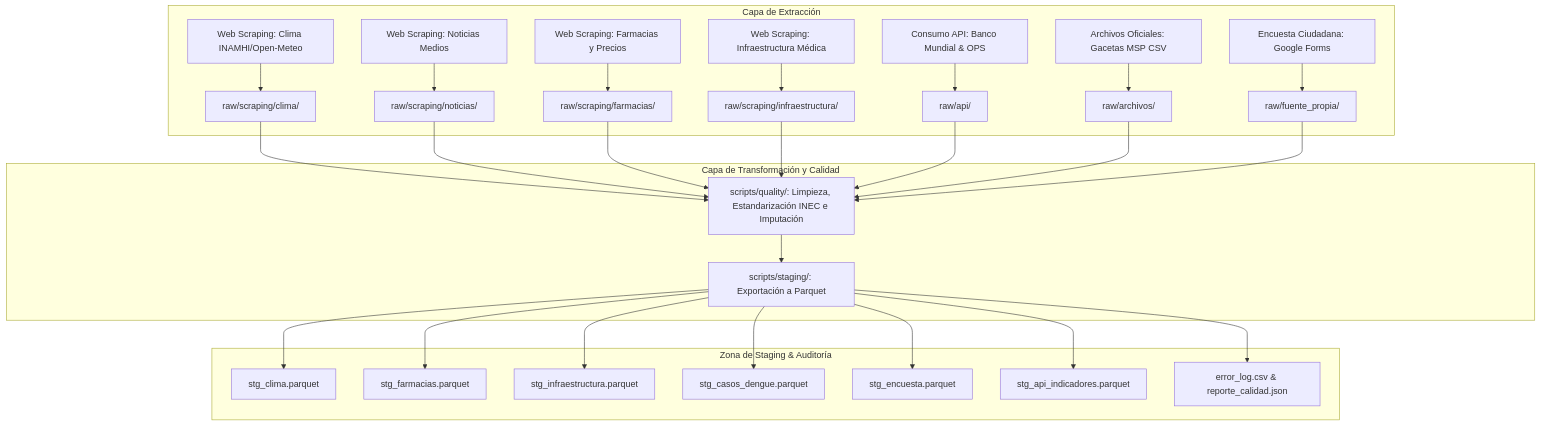
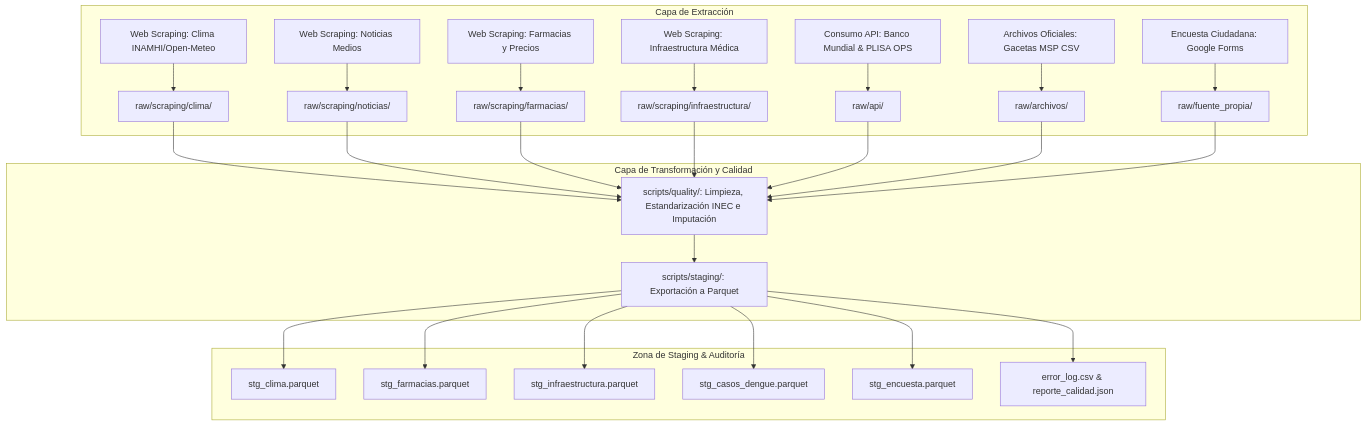
Before and after one commit to SaidJuniorProgrammer/UPSE-BI-Dengue-ETL: the diagram in docs/arquitectura_pipeline.md, drawn with Mermaid. The commit also changed other lines of this file and 8 other files, not shown here.

````diff
--- a/docs/arquitectura_pipeline.md
+++ b/docs/arquitectura_pipeline.md
@@ -9,27 +9,26 @@
 ```mermaid
 graph TD
     subgraph Fuentes Extracción [Capa de Extracción]
         E1[Web Scraping: Clima INAMHI/Open-Meteo] --> R1[raw/scraping/clima/]
         E2[Web Scraping: Noticias Medios] --> R2[raw/scraping/noticias/]
         E3[Web Scraping: Farmacias y Precios] --> R3[raw/scraping/farmacias/]
         E4[Web Scraping: Infraestructura Médica] --> R4[raw/scraping/infraestructura/]
-        E5[Consumo API: Banco Mundial & OPS] --> R5[raw/api/]
+        E5[Consumo API: Banco Mundial & PLISA OPS] --> R5[raw/api/]
         E6[Archivos Oficiales: Gacetas MSP CSV] --> R6[raw/archivos/]
         E7[Encuesta Ciudadana: Google Forms] --> R7[raw/fuente_propia/]
     end
 
     subgraph Staging ETL [Capa de Transformación y Calidad]
         R1 & R2 & R3 & R4 & R5 & R6 & R7 --> QC[scripts/quality/: Limpieza, Estandarización INEC e Imputación]
         QC --> STG[scripts/staging/: Exportación a Parquet]
     end
 
     subgraph Salidas Almacenamiento [Zona de Staging & Auditoría]
         STG --> P1[stg_clima.parquet]
         STG --> P2[stg_farmacias.parquet]
         STG --> P3[stg_infraestructura.parquet]
         STG --> P4[stg_casos_dengue.parquet]
         STG --> P5[stg_encuesta.parquet]
-        STG --> P6[stg_api_indicadores.parquet]
         STG --> LOG[error_log.csv & reporte_calidad.json]
     end
 ```
````
